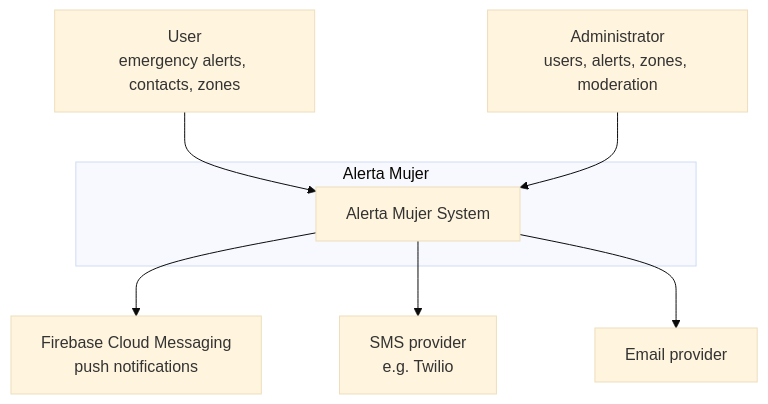
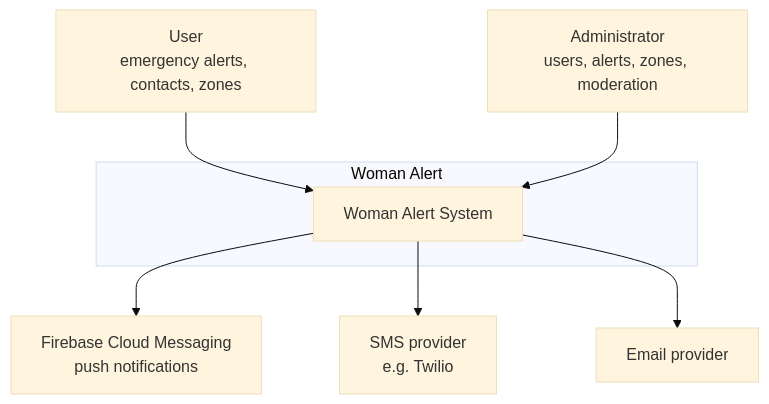
The first of 2 diagrams in 05-architecture/overview.md (code-sena/wal-docs), drawn with Mermaid (base theme) before and after one commit. The commit also changed other lines of this file and 7 other files, not shown here.

````diff
--- a/05-architecture/overview.md
+++ b/05-architecture/overview.md
@@ -17,19 +17,19 @@
 ```mermaid
 graph TB
   USR[User<br/>emergency alerts, contacts, zones]
   ADM[Administrator<br/>users, alerts, zones, moderation]
 
-  subgraph "Alerta Mujer"
-    SYS[Alerta Mujer System]
+  subgraph "Woman Alert"
+    SYS[Woman Alert System]
   end
 
   FCM[Firebase Cloud Messaging<br/>push notifications]
   SMS[SMS provider<br/>e.g. Twilio]
   MAIL[Email provider]
 
   USR --> SYS
   ADM --> SYS
   SYS --> FCM
   SYS --> SMS
   SYS --> MAIL
 ```
````
